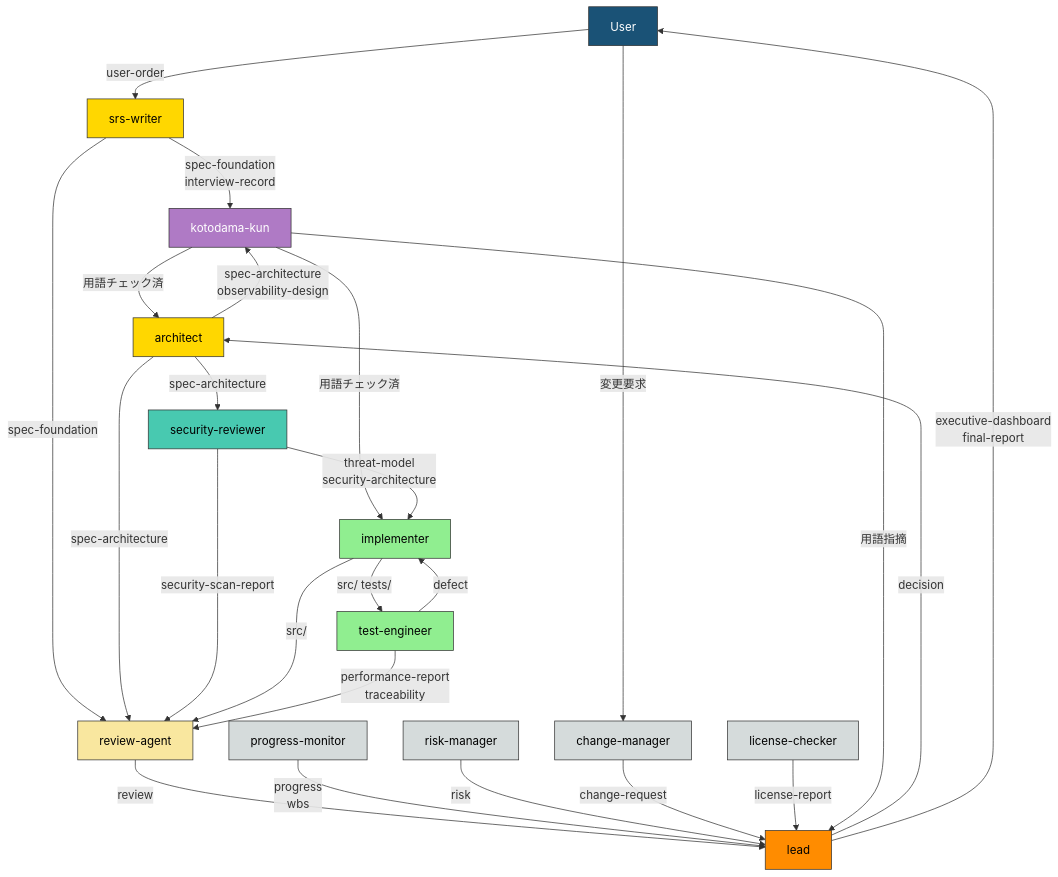
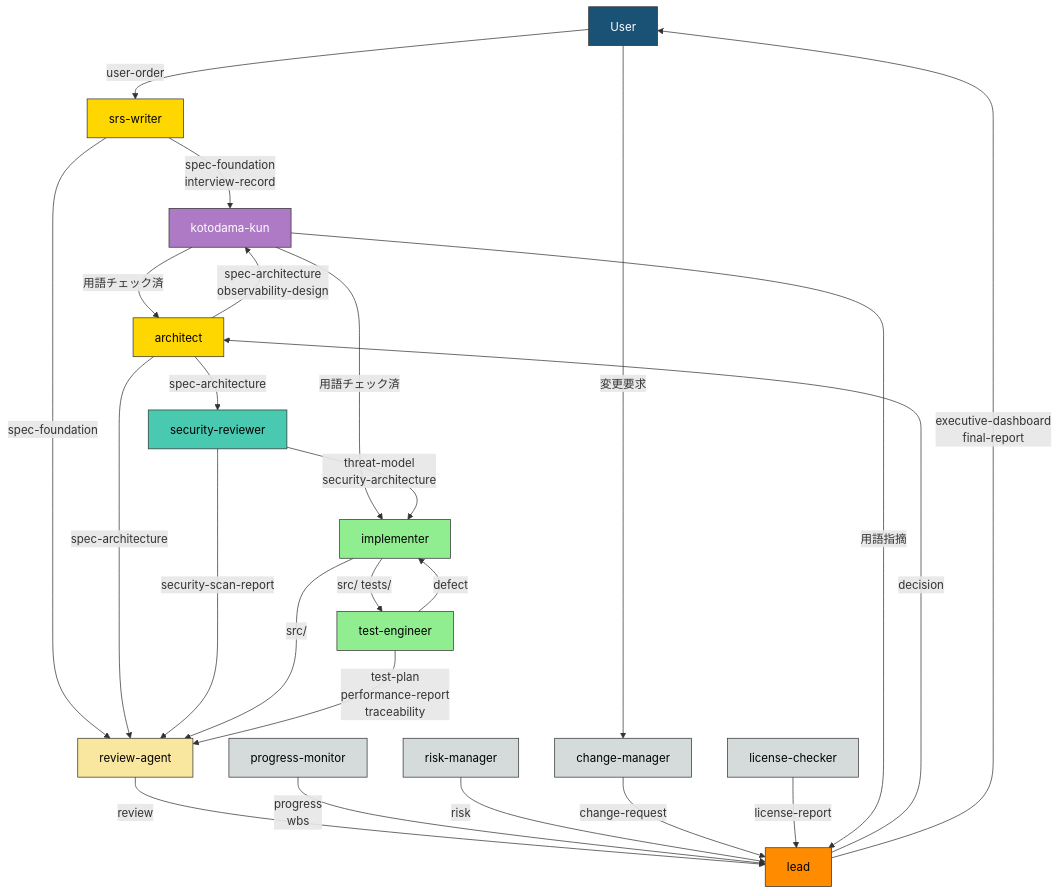
The diagram in process-rules/agent-list-ja.md (GoodRelax/claude-code-full-auto-dev), drawn with Mermaid before and after one commit. The commit also changed other lines of this file and 21 other files, not shown here.

````diff
--- a/process-rules/agent-list-ja.md
+++ b/process-rules/agent-list-ja.md
@@ -130,54 +141,54 @@
 ```mermaid
 flowchart TD
     User["User"]
     Lead["lead"]
     SRS["srs-writer"]
     Arch["architect"]
     Sec["security-reviewer"]
     Impl["implementer"]
     Test["test-engineer"]
     Rev["review-agent"]
     PM["progress-monitor"]
     CM["change-manager"]
     RM["risk-manager"]
     Lic["license-checker"]
     Koto["kotodama-kun"]
 
     User -->|"user-order"| SRS
     SRS -->|"spec-foundation<br/>interview-record"| Koto
     Koto -->|"用語チェック済"| Arch
     SRS -->|"spec-foundation"| Rev
     Arch -->|"spec-architecture<br/>observability-design"| Koto
     Koto -->|"用語チェック済"| Impl
     Arch -->|"spec-architecture"| Rev
     Arch -->|"spec-architecture"| Sec
     Sec -->|"threat-model<br/>security-architecture"| Impl
     Sec -->|"security-scan-report"| Rev
     Impl -->|"src/ tests/"| Test
     Impl -->|"src/"| Rev
     Test -->|"defect"| Impl
-    Test -->|"performance-report<br/>traceability"| Rev
+    Test -->|"test-plan<br/>performance-report<br/>traceability"| Rev
     Rev -->|"review"| Lead
     PM -->|"progress<br/>wbs"| Lead
     RM -->|"risk"| Lead
     CM -->|"change-request"| Lead
     Lic -->|"license-report"| Lead
     Koto -->|"用語指摘"| Lead
     Lead -->|"decision"| Arch
     Lead -->|"executive-dashboard<br/>final-report"| User
     User -->|"変更要求"| CM
 
     style User fill:#1a5276,stroke:#333,color:#fff
     style Lead fill:#FF8C00,stroke:#333,color:#000
     style SRS fill:#FFD700,stroke:#333,color:#000
     style Arch fill:#FFD700,stroke:#333,color:#000
     style Sec fill:#48c9b0,stroke:#333,color:#000
     style Impl fill:#90EE90,stroke:#333,color:#000
     style Test fill:#90EE90,stroke:#333,color:#000
     style Rev fill:#f9e79f,stroke:#333,color:#000
     style PM fill:#d5dbdb,stroke:#333,color:#000
     style CM fill:#d5dbdb,stroke:#333,color:#000
     style RM fill:#d5dbdb,stroke:#333,color:#000
     style Lic fill:#d5dbdb,stroke:#333,color:#000
     style Koto fill:#af7ac5,stroke:#333,color:#fff
 ```
````
